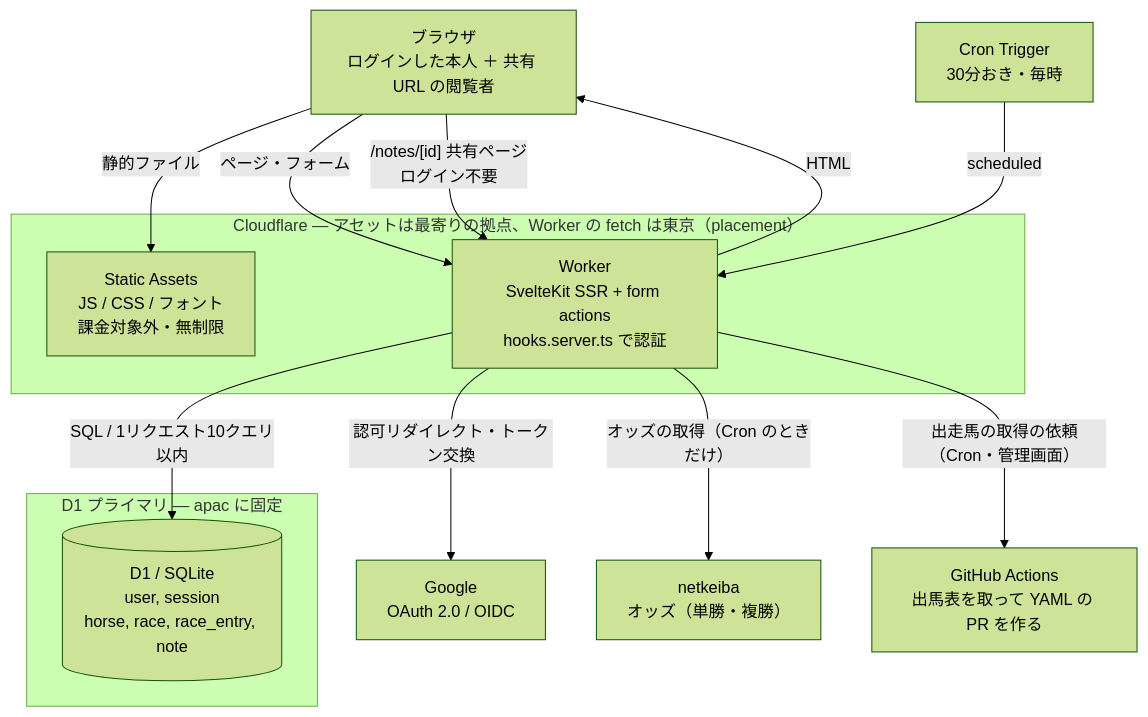
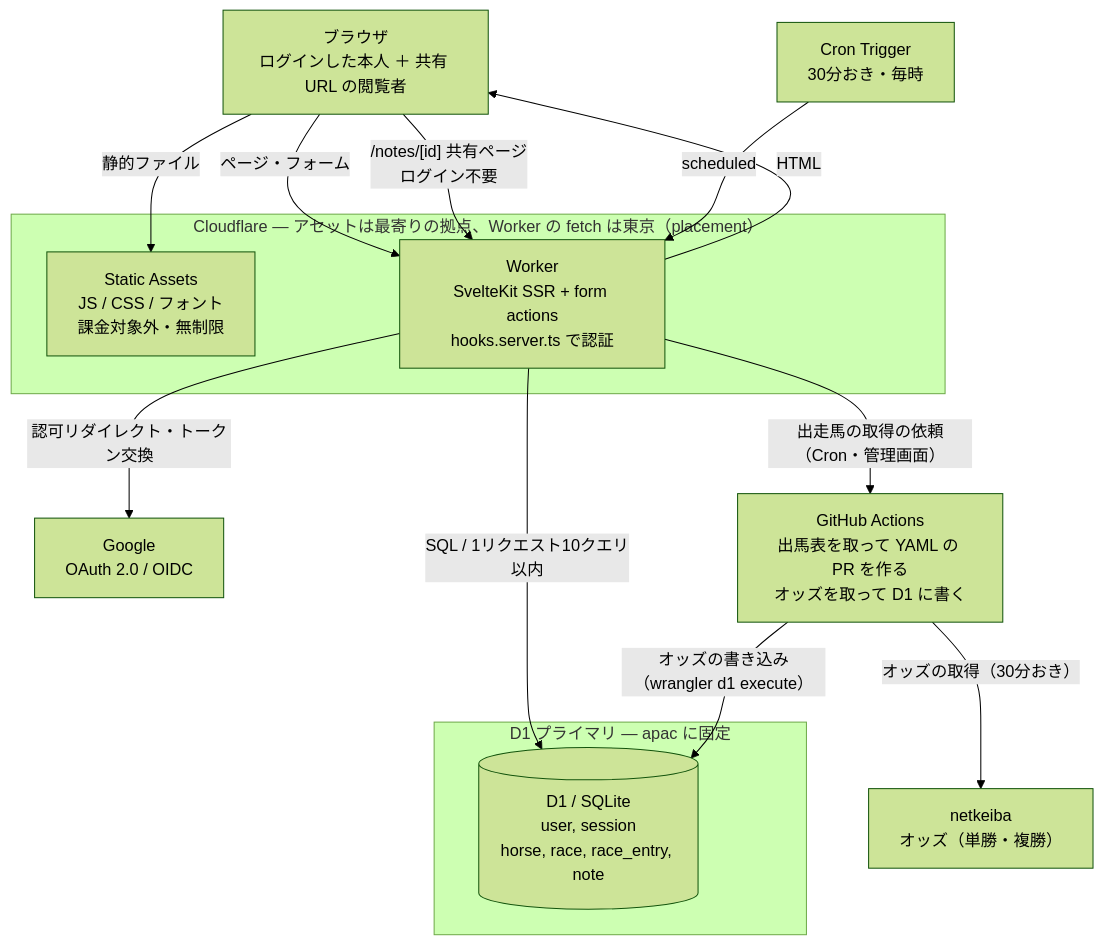
The first of 11 diagrams in docs/architecture.md (Atoyr/keiba-note), drawn with Mermaid (forest theme) before and after one commit. The commit also changed other lines of this file and 28 other files, not shown here.

Commit message:
feat: オッズの取得を Worker の Cron から GitHub Actions に移す（作業中）

````diff
--- a/docs/architecture.md
+++ b/docs/architecture.md
@@ -73,28 +74,29 @@
 ```mermaid
 flowchart TB
     U["ブラウザ<br/>ログインした本人 ＋ 共有 URL の閲覧者"]
 
     subgraph CF["Cloudflare — アセットは最寄りの拠点、Worker の fetch は東京（placement）"]
         A["Static Assets<br/>JS / CSS / フォント<br/>課金対象外・無制限"]
         W["Worker<br/>SvelteKit SSR + form actions<br/>hooks.server.ts で認証"]
     end
 
     subgraph APAC["D1 プライマリ — apac に固定"]
         D[("D1 / SQLite<br/>user, session<br/>horse, race, race_entry, note")]
     end
 
     G["Google<br/>OAuth 2.0 / OIDC"]
     N["netkeiba<br/>オッズ（単勝・複勝）"]
-    GH["GitHub Actions<br/>出馬表を取って YAML の PR を作る"]
+    GH["GitHub Actions<br/>出馬表を取って YAML の PR を作る<br/>オッズを取って D1 に書く"]
     CR["Cron Trigger<br/>30分おき・毎時"]
 
     U -->|"静的ファイル"| A
     U -->|"ページ・フォーム"| W
     U -->|"/notes/[id] 共有ページ<br/>ログイン不要"| W
     W -->|"SQL / 1リクエスト10クエリ以内"| D
     W -->|"認可リダイレクト・トークン交換"| G
     W -->|"HTML"| U
     CR -->|"scheduled"| W
-    W -->|"オッズの取得（Cron のときだけ）"| N
     W -->|"出走馬の取得の依頼（Cron・管理画面）"| GH
+    GH -->|"オッズの取得（30分おき）"| N
+    GH -->|"オッズの書き込み（wrangler d1 execute）"| D
 ```
````
